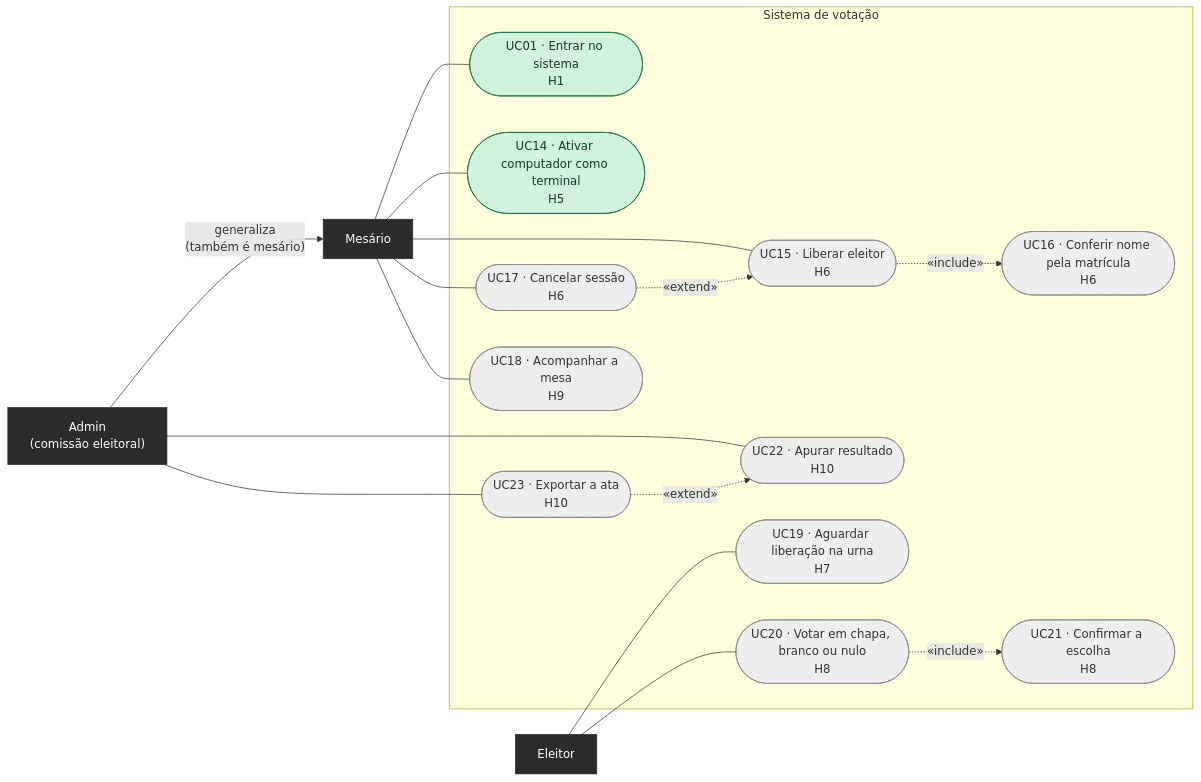
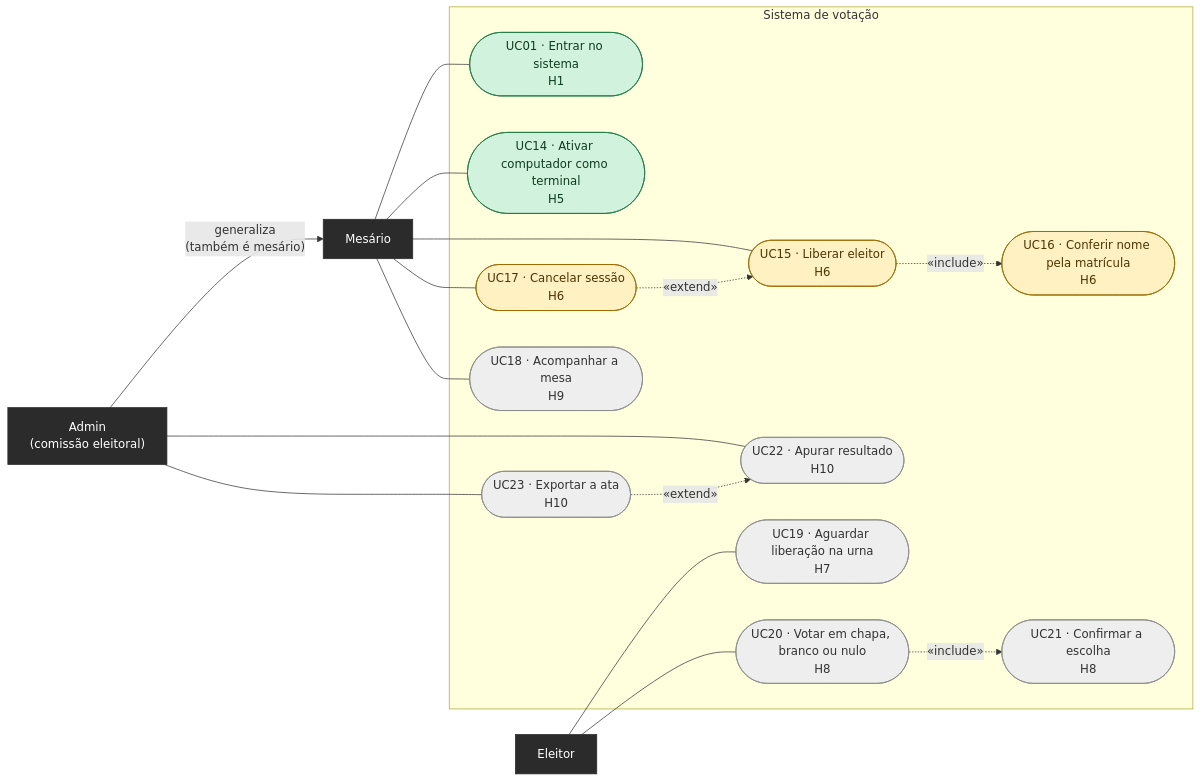
One commit to prof-ronildo-unicatolica/votacao-digitech changed the third of 10 diagrams in docs/DIAGRAMAS.md. Above: the diagram before and after it, drawn with Mermaid. The commit also changed other lines of this file and 18 other files, not shown here.

````diff
--- a/docs/DIAGRAMAS.md
+++ b/docs/DIAGRAMAS.md
@@ -82,43 +81,44 @@
 ```mermaid
 flowchart LR
     ADM["Admin<br/>(comissão eleitoral)"]:::ator
     MES["Mesário"]:::ator
     ELE["Eleitor"]:::ator
     ADM -- "generaliza<br/>(também é mesário)" --> MES
 
     subgraph SIS["Sistema de votação"]
         UC01(["UC01 · Entrar no sistema<br/>H1"])
         UC14(["UC14 · Ativar computador como terminal<br/>H5"])
         UC15(["UC15 · Liberar eleitor<br/>H6"])
         UC16(["UC16 · Conferir nome pela matrícula<br/>H6"])
         UC17(["UC17 · Cancelar sessão<br/>H6"])
         UC18(["UC18 · Acompanhar a mesa<br/>H9"])
         UC19(["UC19 · Aguardar liberação na urna<br/>H7"])
         UC20(["UC20 · Votar em chapa, branco ou nulo<br/>H8"])
         UC21(["UC21 · Confirmar a escolha<br/>H8"])
         UC22(["UC22 · Apurar resultado<br/>H10"])
         UC23(["UC23 · Exportar a ata<br/>H10"])
     end
 
     MES --- UC01
     MES --- UC14
     MES --- UC15
     MES --- UC17
     MES --- UC18
     ELE --- UC19
     ELE --- UC20
     ADM --- UC22
     ADM --- UC23
 
     UC15 -. "«include»" .-> UC16
     UC17 -. "«extend»" .-> UC15
     UC20 -. "«include»" .-> UC21
     UC23 -. "«extend»" .-> UC22
 
     class UC01,UC14 feito
-    class UC15,UC16,UC17,UC18,UC19,UC20,UC21,UC22,UC23 afazer
+    class UC15,UC16,UC17 revisao
+    class UC18,UC19,UC20,UC21,UC22,UC23 afazer
     classDef ator fill:#2b2b2b,stroke:#2b2b2b,color:#ffffff
     classDef feito fill:#d1f2dc,stroke:#1e7a44,color:#0f3d22
     classDef revisao fill:#fff1c2,stroke:#9a6b00,color:#4d3500
     classDef afazer fill:#eeeeee,stroke:#8a8a8a,color:#333333
 ```
````
